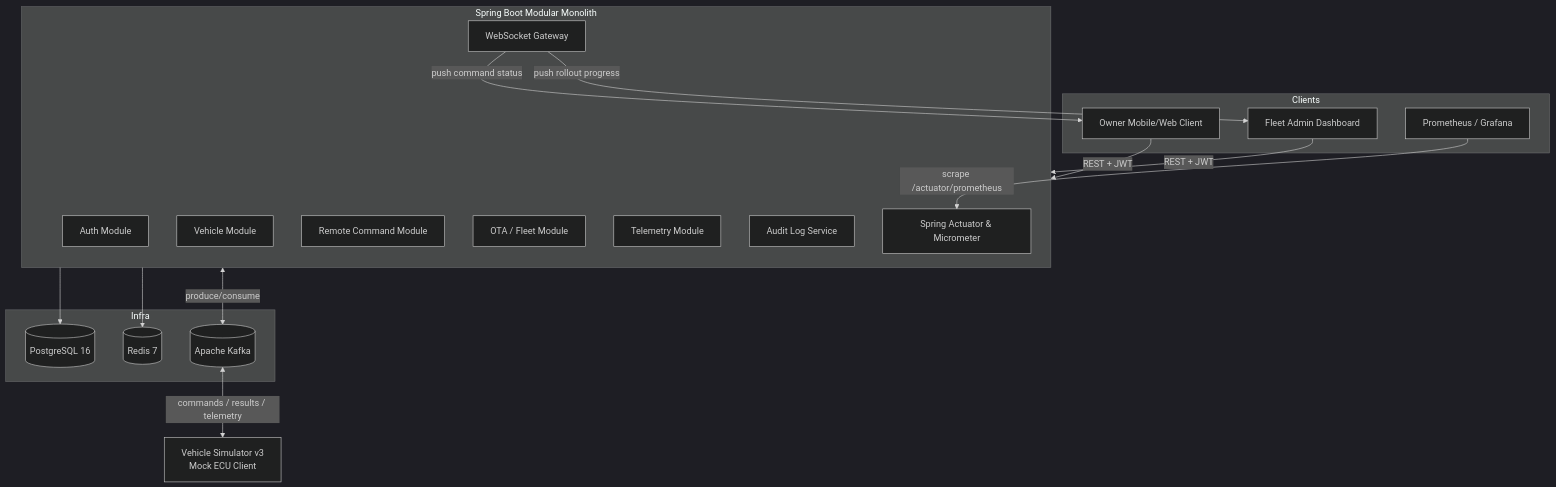
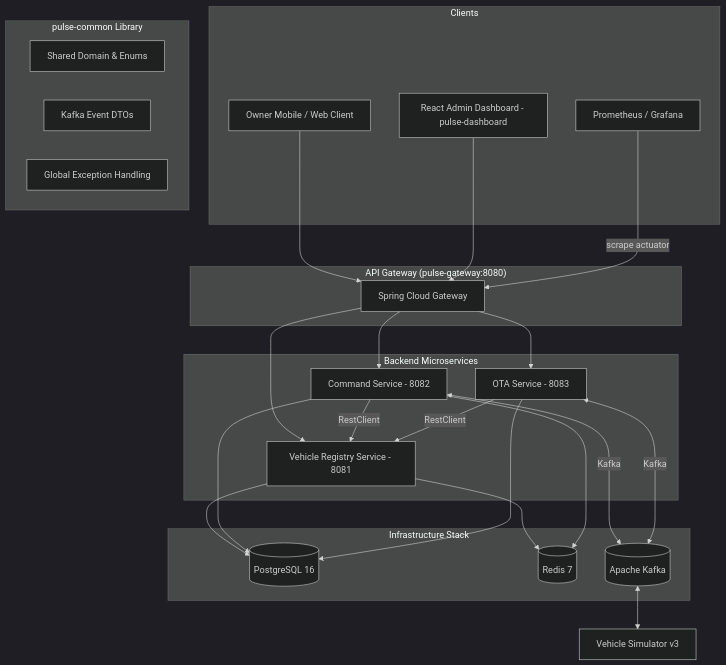
Before and after one commit to basarsy/pulse: the diagram in README.md, drawn with Mermaid (dark theme). The commit also changed other lines of this file and 3068 other files, not shown here.

First line of the commit message:
feat(phase-5): implement microservices split, Kubernetes manifests, and React fleet dashboard

````diff
--- a/README.md
+++ b/README.md
@@ -18,37 +23,49 @@
 ```mermaid
 flowchart TB
     subgraph Clients
-        A[Owner Mobile/Web Client]
-        B[Fleet Admin Dashboard]
+        A[Owner Mobile / Web Client]
+        B[React Admin Dashboard - pulse-dashboard]
         PROM[Prometheus / Grafana]
     end
 
-    subgraph Backend["Spring Boot Modular Monolith"]
-        AUTH[Auth Module]
-        VEH[Vehicle Module]
-        CMD[Remote Command Module]
-        OTA[OTA / Fleet Module]
-        TEL[Telemetry Module]
-        AUDIT[Audit Log Service]
-        ACT[Spring Actuator & Micrometer]
-        WS[WebSocket Gateway]
+    subgraph Gateway["API Gateway (pulse-gateway:8080)"]
+        GW[Spring Cloud Gateway]
     end
 
-    subgraph Infra
+    subgraph Microservices["Backend Microservices"]
+        VR[Vehicle Registry Service - 8081]
+        CS[Command Service - 8082]
+        OS[OTA Service - 8083]
+    end
+
+    subgraph Shared["pulse-common Library"]
+        DOM[Shared Domain & Enums]
+        DTO[Kafka Event DTOs]
+        ERR[Global Exception Handling]
+    end
+
+    subgraph Infra["Infrastructure Stack"]
         PG[(PostgreSQL 16)]
         RD[(Redis 7)]
         KF[(Apache Kafka)]
     end
 
-    SIM[Vehicle Simulator v3<br/>Mock ECU Client]
+    SIM[Vehicle Simulator v3]
 
-    A -->|REST + JWT| Backend
-    B -->|REST + JWT| Backend
-    PROM -->|scrape /actuator/prometheus| ACT
-    Backend --> PG
-    Backend --> RD
-    Backend <-->|produce/consume| KF
-    KF <-->|commands / results / telemetry| SIM
-    WS -->|push command status| A
-    WS -->|push rollout progress| B
+    A --> GW
+    B --> GW
+    GW --> VR
+    GW --> CS
+    GW --> OS
+    VR --> PG
+    VR --> RD
+    CS --> PG
+    CS --> RD
+    OS --> PG
+    CS <-->|Kafka| KF
+    OS <-->|Kafka| KF
+    KF <--> SIM
+    CS -->|RestClient| VR
+    OS -->|RestClient| VR
+    PROM -->|scrape actuator| GW
 ```
````
